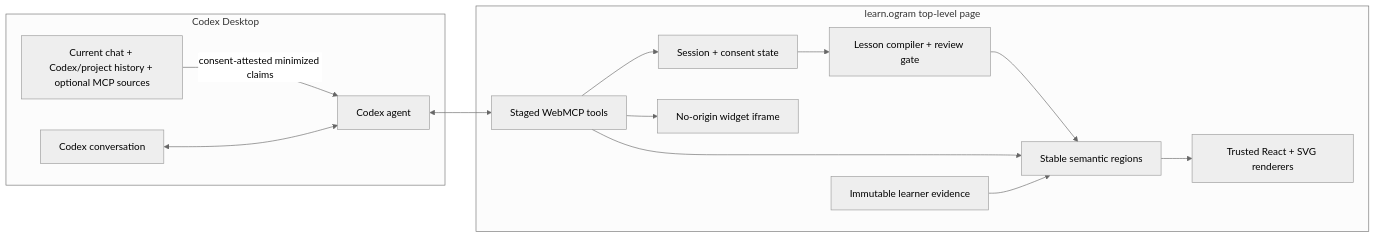
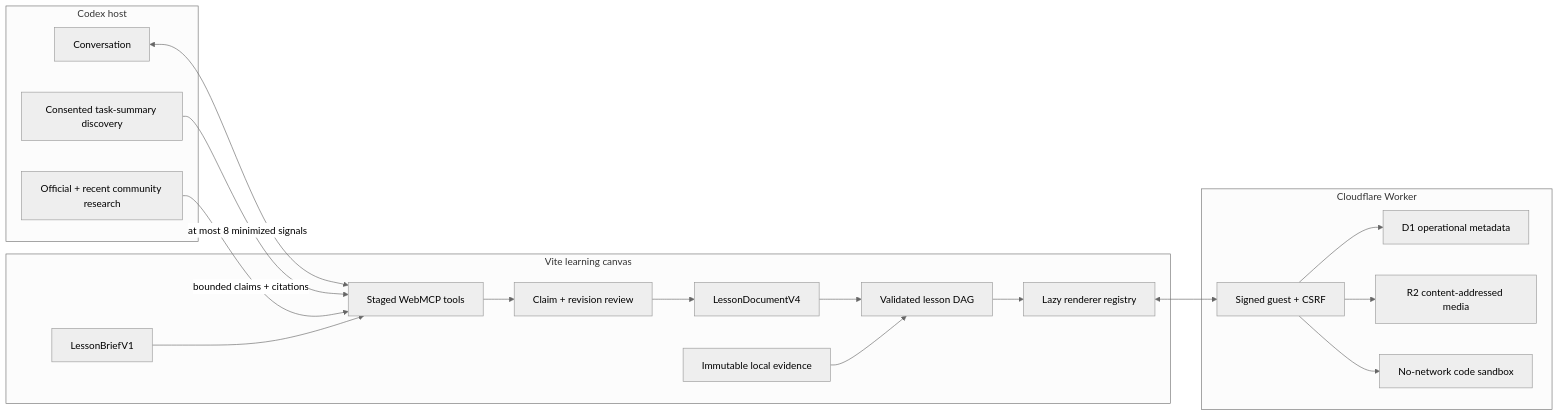
Before and after one commit to self-tech-labs/agentic-textbook: the diagram in docs/architecture.md, drawn with Mermaid (neutral theme). The commit also changed other lines of this file and 52 other files, not shown here.

Commit message:
feat: rework learning canvas for flexible V4 lessons

````diff
--- a/docs/architecture.md
+++ b/docs/architecture.md
@@ -7,26 +7,35 @@
 ```mermaid
 flowchart LR
-  subgraph Host[Codex Desktop]
-    Conversation[Codex conversation]
-    Agent[Codex agent]
-    Sources[Current chat + Codex/project history + optional MCP sources]
+  subgraph Host[Codex host]
+    Conversation[Conversation]
+    Discovery[Consented task-summary discovery]
+    Research[Official + recent community research]
   end
 
-  subgraph Page[learn.ogram top-level page]
+  subgraph Page[Vite learning canvas]
+    Brief[LessonBriefV1]
     Tools[Staged WebMCP tools]
-    Session[Session + consent state]
-    Compiler[Lesson compiler + review gate]
-    Regions[Stable semantic regions]
-    Renderers[Trusted React + SVG renderers]
-    Sandbox[No-origin widget iframe]
-    Evidence[Immutable learner evidence]
+    Review[Claim + revision review]
+    Document[LessonDocumentV4]
+    Graph[Validated lesson DAG]
+    Renderers[Lazy renderer registry]
+    Evidence[Immutable local evidence]
   end
 
-  Sources -->|consent-attested minimized claims| Agent
-  Conversation <--> Agent
-  Agent <--> Tools
-  Tools --> Session --> Compiler --> Regions --> Renderers
-  Tools --> Regions
-  Tools --> Sandbox
-  Evidence --> Regions
+  subgraph Worker[Cloudflare Worker]
+    Session[Signed guest + CSRF]
+    D1[D1 operational metadata]
+    R2[R2 content-addressed media]
+    Sandbox[No-network code sandbox]
+  end
+
+  Conversation <--> Tools
+  Discovery -->|at most 8 minimized signals| Tools
+  Research -->|bounded claims + citations| Tools
+  Brief --> Tools --> Review --> Document --> Graph --> Renderers
+  Evidence --> Graph
+  Renderers <--> Session
+  Session --> D1
+  Session --> R2
+  Session --> Sandbox
 ```
````
